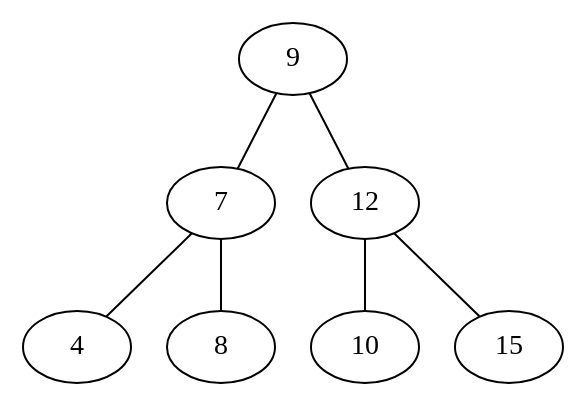
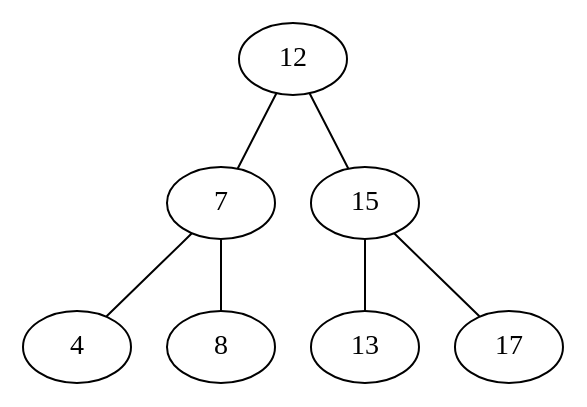
Before and after one commit to patrickToca/gotree: the diagram in tree/avlviz/avl21.dot, drawn with Graphviz. The commit also changed 9 other files, not shown here.

```diff
--- a/tree/avlviz/avl21.dot
+++ b/tree/avlviz/avl21.dot
@@ -1,8 +1,8 @@
 graph tree {
-	9 -- 7
-	9 -- 12
+	12 -- 7
+	12 -- 15
 	7 -- 4
 	7 -- 8
-	12 -- 10
-	12 -- 15
+	15 -- 13
+	15 -- 17
 }
```
